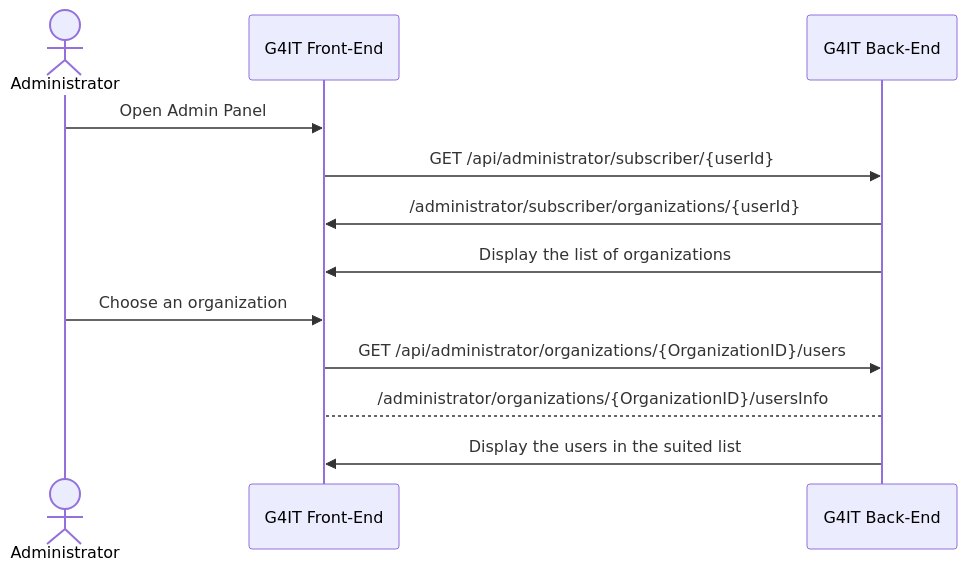
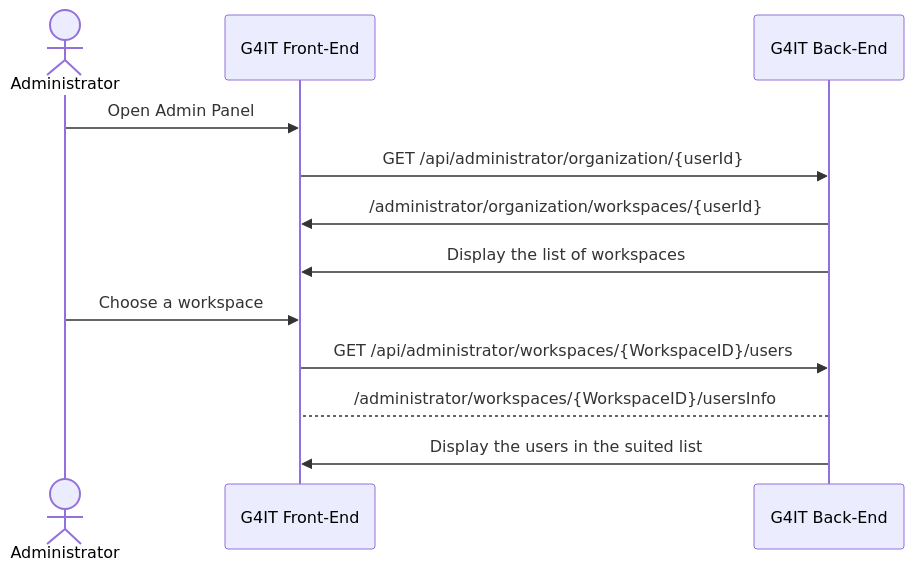
One commit to teamg4it/g4it changed the second of 2 diagrams in services/documentation/content/2-functional-documentation/use_cases/uc_administration/uc_administration_manage_users/uc1_visualize_roles.md. Above: the diagram before and after it, drawn with Mermaid. The commit also changed other lines of this file and 92 other files, not shown here.

```diff
--- a/services/documentation/content/2-functional-documentation/use_cases/uc_administration/uc_administration_manage_users/uc1_visualize_roles.md
+++ b/services/documentation/content/2-functional-documentation/use_cases/uc_administration/uc_administration_manage_users/uc1_visualize_roles.md
@@ -83,15 +83,15 @@
 {{< mermaid >}}
 sequenceDiagram
 actor RND as Administrator
 participant front as G4IT Front-End
 participant back as G4IT Back-End
 
 RND ->> front: Open Admin Panel
-front ->> back: GET /api/administrator/subscriber/{userId}
-back ->> front: /administrator/subscriber/organizations/{userId}
-back ->> front: Display the list of organizations
-RND ->> front: Choose an organization
-front ->> back: GET /api/administrator/organizations/{OrganizationID}/users
-back -->front: /administrator/organizations/{OrganizationID}/usersInfo
+front ->> back: GET /api/administrator/organization/{userId}
+back ->> front: /administrator/organization/workspaces/{userId}
+back ->> front: Display the list of workspaces
+RND ->> front: Choose a workspace
+front ->> back: GET /api/administrator/workspaces/{WorkspaceID}/users
+back -->front: /administrator/workspaces/{WorkspaceID}/usersInfo
 back ->> front: Display the users in the suited list
 {{< /mermaid >}}
```
